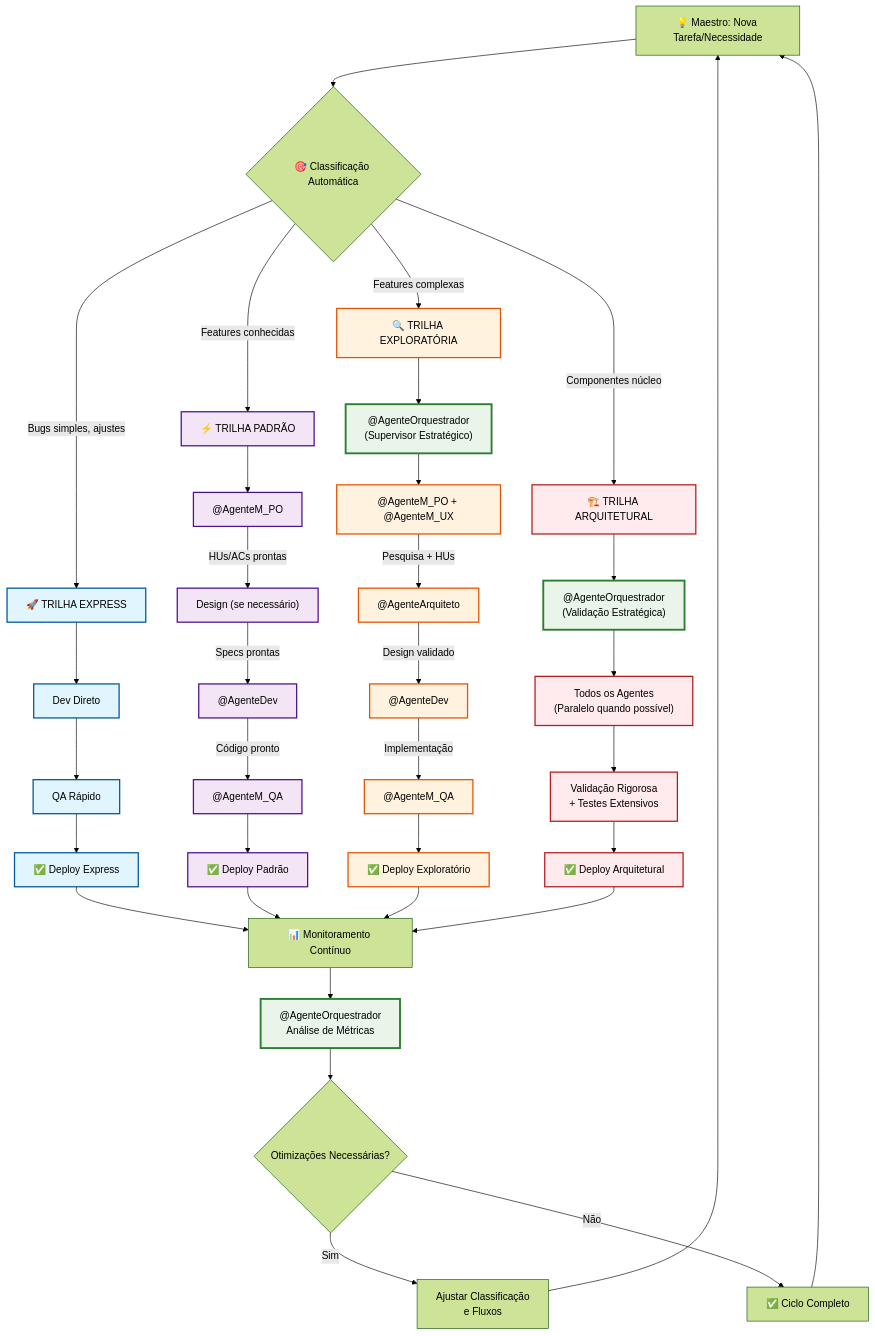
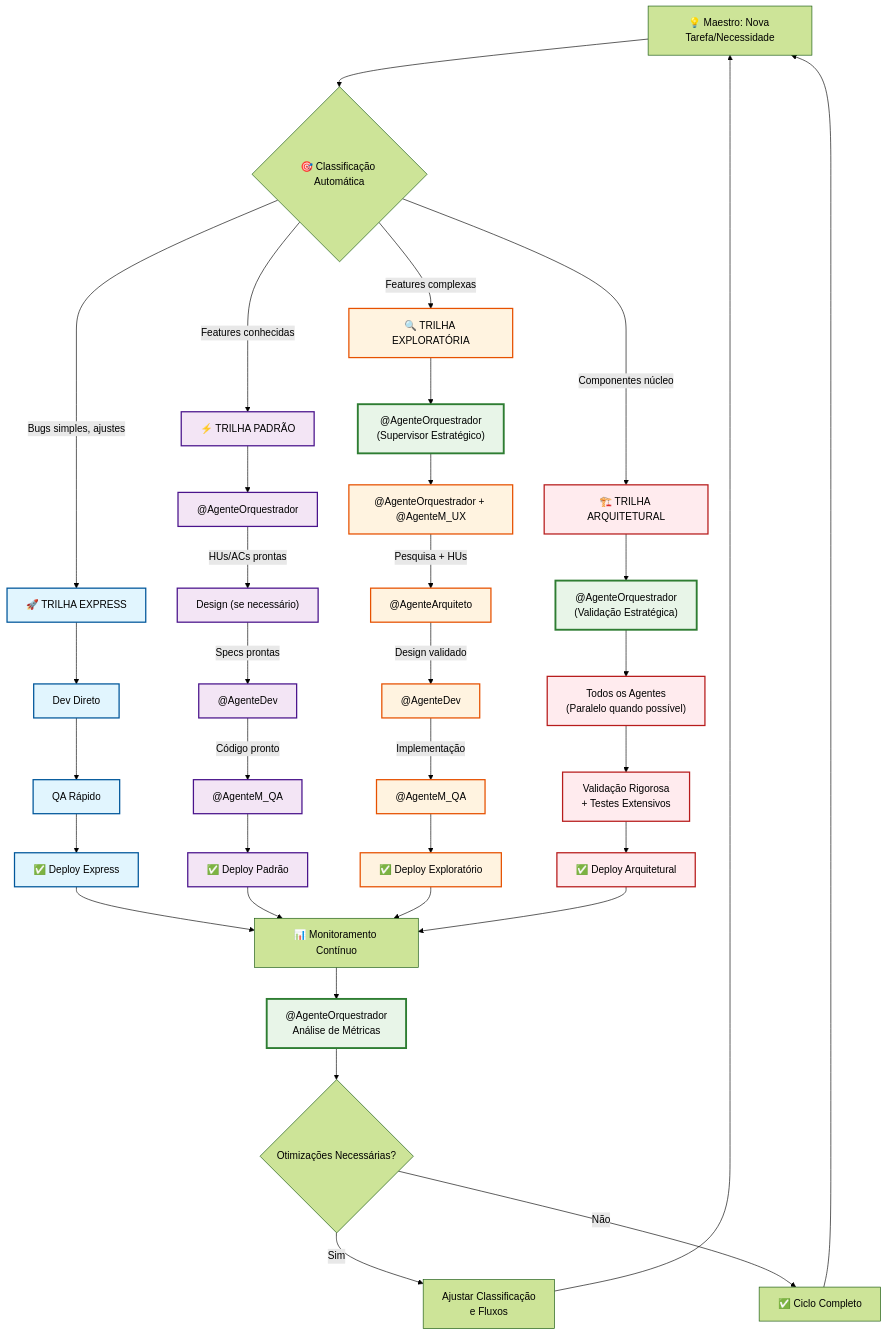
The diagram in docs/03_Arquitetura_e_Design/FLUXO_TRABALHO_GERAL.md (brunosrosa/recoloca-ai), drawn with Mermaid (forest theme) before and after one commit. The commit also changed other lines of this file and 56 other files, not shown here.

````diff
--- a/docs/03_Arquitetura_e_Design/FLUXO_TRABALHO_GERAL.md
+++ b/docs/03_Arquitetura_e_Design/FLUXO_TRABALHO_GERAL.md
@@ -53,61 +53,61 @@
 ```mermaid
 flowchart TD
     A["💡 Maestro: Nova Tarefa/Necessidade"] --> B{"🎯 Classificação Automática"}
     
     B -->|"Bugs simples, ajustes"| C1["🚀 TRILHA EXPRESS"]
     B -->|"Features conhecidas"| C2["⚡ TRILHA PADRÃO"]
     B -->|"Features complexas"| C3["🔍 TRILHA EXPLORATÓRIA"]
     B -->|"Componentes núcleo"| C4["🏗️ TRILHA ARQUITETURAL"]
     
     %% TRILHA EXPRESS
     C1 --> D1["Dev Direto"]
     D1 --> E1["QA Rápido"]
     E1 --> F1["✅ Deploy Express"]
     
     %% TRILHA PADRÃO
-    C2 --> D2A["@AgenteM_PO"]
+    C2 --> D2A["@AgenteOrquestrador"]
     D2A -->|"HUs/ACs prontas"| D2B["Design (se necessário)"]
     D2B -->|"Specs prontas"| D2C["@AgenteDev"]
     D2C -->|"Código pronto"| D2D["@AgenteM_QA"]
     D2D --> F2["✅ Deploy Padrão"]
     
     %% TRILHA EXPLORATÓRIA
     C3 --> D3A["@AgenteOrquestrador<br>(Supervisor Estratégico)"]
-    D3A --> D3B["@AgenteM_PO + @AgenteM_UX"]
+    D3A --> D3B["@AgenteOrquestrador + @AgenteM_UX"]
     D3B -->|"Pesquisa + HUs"| D3C["@AgenteArquiteto"]
     D3C -->|"Design validado"| D3D["@AgenteDev"]
     D3D -->|"Implementação"| D3E["@AgenteM_QA"]
     D3E --> F3["✅ Deploy Exploratório"]
     
     %% TRILHA ARQUITETURAL
     C4 --> D4A["@AgenteOrquestrador<br>(Validação Estratégica)"]
     D4A --> D4B["Todos os Agentes<br>(Paralelo quando possível)"]
     D4B --> D4C["Validação Rigorosa<br>+ Testes Extensivos"]
     D4C --> F4["✅ Deploy Arquitetural"]
     
     %% FEEDBACK E MONITORAMENTO
     F1 --> G["📊 Monitoramento Contínuo"]
     F2 --> G
     F3 --> G
     F4 --> G
     
     G --> H["@AgenteOrquestrador<br>Análise de Métricas"]
     H --> I{"Otimizações Necessárias?"}
     I -->|"Sim"| J["Ajustar Classificação<br>e Fluxos"]
     I -->|"Não"| K["✅ Ciclo Completo"]
     J --> A
     K --> A
     
     %% ESTILOS
     classDef express fill:#e1f5fe,stroke:#01579b,stroke-width:2px
     classDef padrao fill:#f3e5f5,stroke:#4a148c,stroke-width:2px
     classDef exploratoria fill:#fff3e0,stroke:#e65100,stroke-width:2px
     classDef arquitetural fill:#ffebee,stroke:#b71c1c,stroke-width:2px
     classDef supervisor fill:#e8f5e8,stroke:#2e7d32,stroke-width:3px
     
     class C1,D1,E1,F1 express
     class C2,D2A,D2B,D2C,D2D,F2 padrao
     class C3,D3B,D3C,D3D,D3E,F3 exploratoria
     class C4,D4B,D4C,F4 arquitetural
     class D3A,D4A,H supervisor
 ```
````
